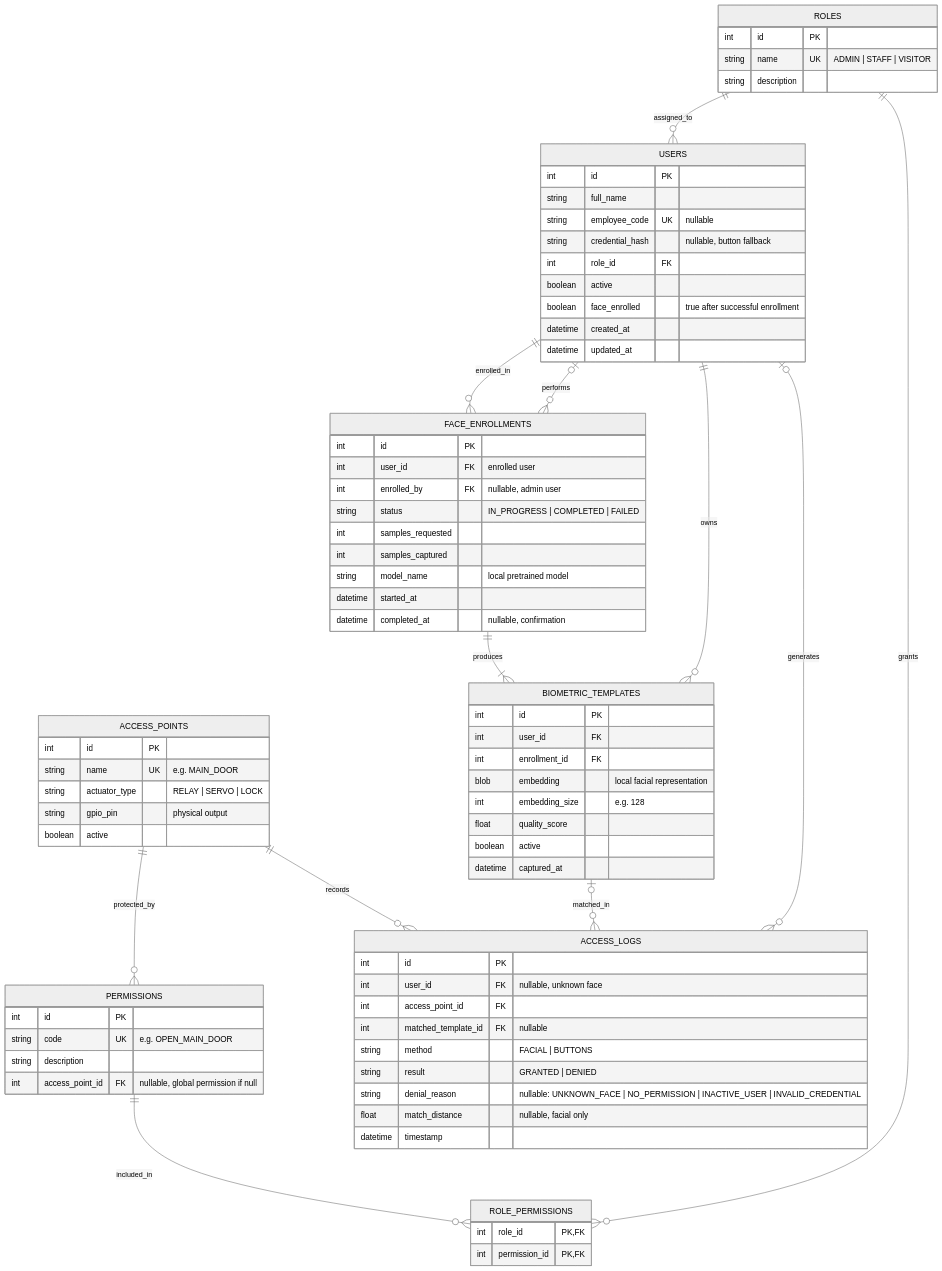
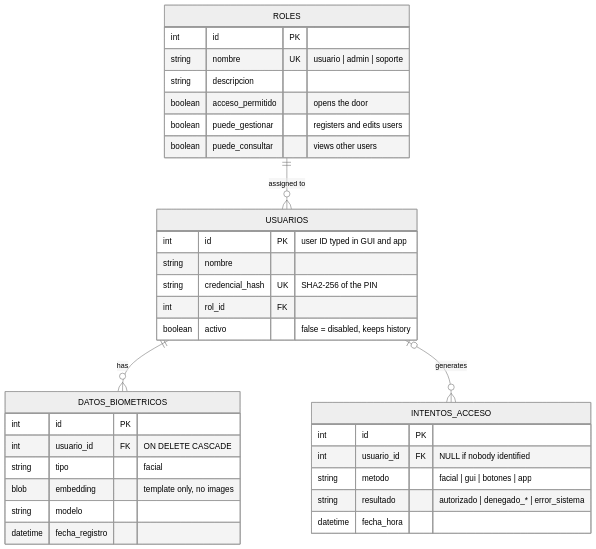
Before and after one commit to MrGodie/ControlAccesoRPI: the diagram in docs/data.md, drawn with Mermaid (neutral theme). The commit also changed 2 other files, not shown here.

Commit message:
PIC-104 Update the data model and data flow diagrams

````diff
--- a/docs/data.md
+++ b/docs/data.md
@@ -1,87 +1,40 @@
 ```mermaid
 erDiagram
-    ROLES ||--o{ USERS : assigned_to
-    ROLES ||--o{ ROLE_PERMISSIONS : grants
-    PERMISSIONS ||--o{ ROLE_PERMISSIONS : included_in
-    ACCESS_POINTS ||--o{ PERMISSIONS : protected_by
-    USERS ||--o{ FACE_ENROLLMENTS : enrolled_in
-    USERS |o--o{ FACE_ENROLLMENTS : performs
-    FACE_ENROLLMENTS ||--|{ BIOMETRIC_TEMPLATES : produces
-    USERS ||--o{ BIOMETRIC_TEMPLATES : owns
-    USERS |o--o{ ACCESS_LOGS : generates
-    ACCESS_POINTS ||--o{ ACCESS_LOGS : records
-    BIOMETRIC_TEMPLATES |o--o{ ACCESS_LOGS : matched_in
+    ROLES ||--o{ USUARIOS : "assigned to"
+    USUARIOS ||--o{ DATOS_BIOMETRICOS : "has"
+    USUARIOS |o--o{ INTENTOS_ACCESO : "generates"
 
     ROLES {
         int id PK
-        string name UK "ADMIN | STAFF | VISITOR"
-        string description
+        string nombre UK "usuario | admin | soporte"
+        string descripcion
+        boolean acceso_permitido "opens the door"
+        boolean puede_gestionar "registers and edits users"
+        boolean puede_consultar "views other users"
     }
 
-    PERMISSIONS {
-        int id PK
-        string code UK "e.g. OPEN_MAIN_DOOR"
-        string description
-        int access_point_id FK "nullable, global permission if null"
+    USUARIOS {
+        int id PK "user ID typed in GUI and app"
+        string nombre
+        string credencial_hash UK "SHA2-256 of the PIN"
+        int rol_id FK
+        boolean activo "false = disabled, keeps history"
     }
 
-    ROLE_PERMISSIONS {
-        int role_id PK, FK
-        int permission_id PK, FK
+    DATOS_BIOMETRICOS {
+        int id PK
+        int usuario_id FK "ON DELETE CASCADE"
+        string tipo "facial"
+        blob embedding "template only, no images"
+        string modelo
+        datetime fecha_registro
     }
 
-    ACCESS_POINTS {
+    INTENTOS_ACCESO {
         int id PK
-        string name UK "e.g. MAIN_DOOR"
-        string actuator_type "RELAY | SERVO | LOCK"
-        string gpio_pin "physical output"
-        boolean active
-    }
-
-    USERS {
-        int id PK
-        string full_name
-        string employee_code UK "nullable"
-        string credential_hash "nullable, button fallback"
-        int role_id FK
-        boolean active
-        boolean face_enrolled "true after successful enrollment"
-        datetime created_at
-        datetime updated_at
-    }
-
-    FACE_ENROLLMENTS {
-        int id PK
-        int user_id FK "enrolled user"
-        int enrolled_by FK "nullable, admin user"
-        string status "IN_PROGRESS | COMPLETED | FAILED"
-        int samples_requested
-        int samples_captured
-        string model_name "local pretrained model"
-        datetime started_at
-        datetime completed_at "nullable, confirmation"
-    }
-
-    BIOMETRIC_TEMPLATES {
-        int id PK
-        int user_id FK
-        int enrollment_id FK
-        blob embedding "local facial representation"
-        int embedding_size "e.g. 128"
-        float quality_score
-        boolean active
-        datetime captured_at
-    }
-
-    ACCESS_LOGS {
-        int id PK
-        int user_id FK "nullable, unknown face"
-        int access_point_id FK
-        int matched_template_id FK "nullable"
-        string method "FACIAL | BUTTONS"
-        string result "GRANTED | DENIED"
-        string denial_reason "nullable: UNKNOWN_FACE | NO_PERMISSION | INACTIVE_USER | INVALID_CREDENTIAL"
-        float match_distance "nullable, facial only"
-        datetime timestamp
+        int usuario_id FK "NULL if nobody identified"
+        string metodo "facial | gui | botones | app"
+        string resultado "autorizado | denegado_* | error_sistema"
+        datetime fecha_hora
     }
 ```
````
